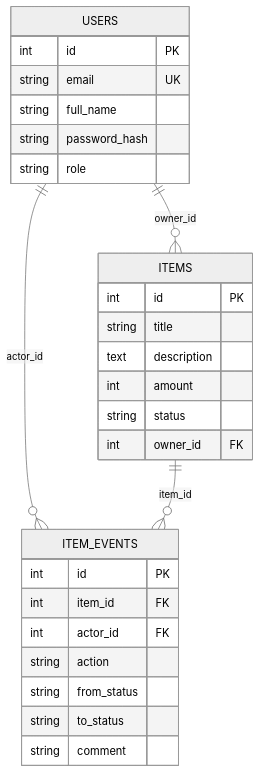
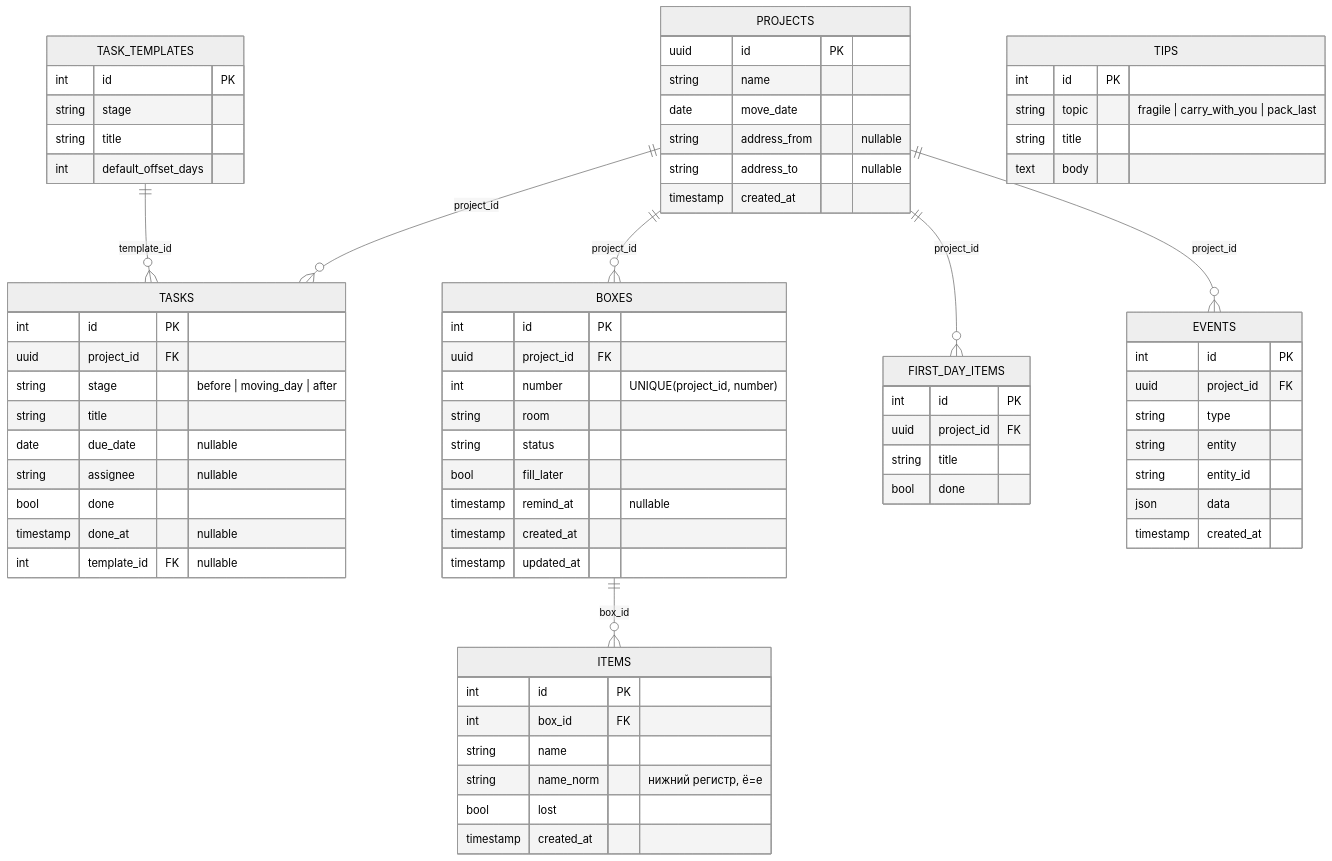
The second of 2 diagrams in docs/ARCHITECTURE.md (lesazizkin-blip/PROD), drawn with Mermaid (neutral theme) before and after one commit. The commit also changed other lines of this file, not shown here.

Commit message:
docs: ARCHITECTURE for MoverMate

````diff
--- a/docs/ARCHITECTURE.md
+++ b/docs/ARCHITECTURE.md
@@ -37,30 +58,74 @@
 ```mermaid
 erDiagram
-    USERS ||--o{ ITEMS : "owner_id"
-    USERS ||--o{ ITEM_EVENTS : "actor_id"
-    ITEMS ||--o{ ITEM_EVENTS : "item_id"
-    USERS {
+    PROJECTS ||--o{ TASKS : "project_id"
+    PROJECTS ||--o{ BOXES : "project_id"
+    PROJECTS ||--o{ FIRST_DAY_ITEMS : "project_id"
+    PROJECTS ||--o{ EVENTS : "project_id"
+    BOXES ||--o{ ITEMS : "box_id"
+    TASK_TEMPLATES ||--o{ TASKS : "template_id"
+    PROJECTS {
+        uuid id PK
+        string name
+        date move_date
+        string address_from "nullable"
+        string address_to "nullable"
+        timestamp created_at
+    }
+    TASKS {
         int id PK
-        string email UK
-        string full_name
-        string password_hash
-        string role
+        uuid project_id FK
+        string stage "before | moving_day | after"
+        string title
+        date due_date "nullable"
+        string assignee "nullable"
+        bool done
+        timestamp done_at "nullable"
+        int template_id FK "nullable"
+    }
+    TASK_TEMPLATES {
+        int id PK
+        string stage
+        string title
+        int default_offset_days
+    }
+    BOXES {
+        int id PK
+        uuid project_id FK
+        int number "UNIQUE(project_id, number)"
+        string room
+        string status
+        bool fill_later
+        timestamp remind_at "nullable"
+        timestamp created_at
+        timestamp updated_at
     }
     ITEMS {
         int id PK
+        int box_id FK
+        string name
+        string name_norm "нижний регистр, ё=е"
+        bool lost
+        timestamp created_at
+    }
+    FIRST_DAY_ITEMS {
+        int id PK
+        uuid project_id FK
         string title
-        text description
-        int amount
-        string status
-        int owner_id FK
+        bool done
     }
-    ITEM_EVENTS {
+    EVENTS {
         int id PK
-        int item_id FK
-        int actor_id FK
-        string action
-        string from_status
-        string to_status
-        string comment
+        uuid project_id FK
+        string type
+        string entity
+        string entity_id
+        json data
+        timestamp created_at
+    }
+    TIPS {
+        int id PK
+        string topic "fragile | carry_with_you | pack_last"
+        string title
+        text body
     }
 ```
````
